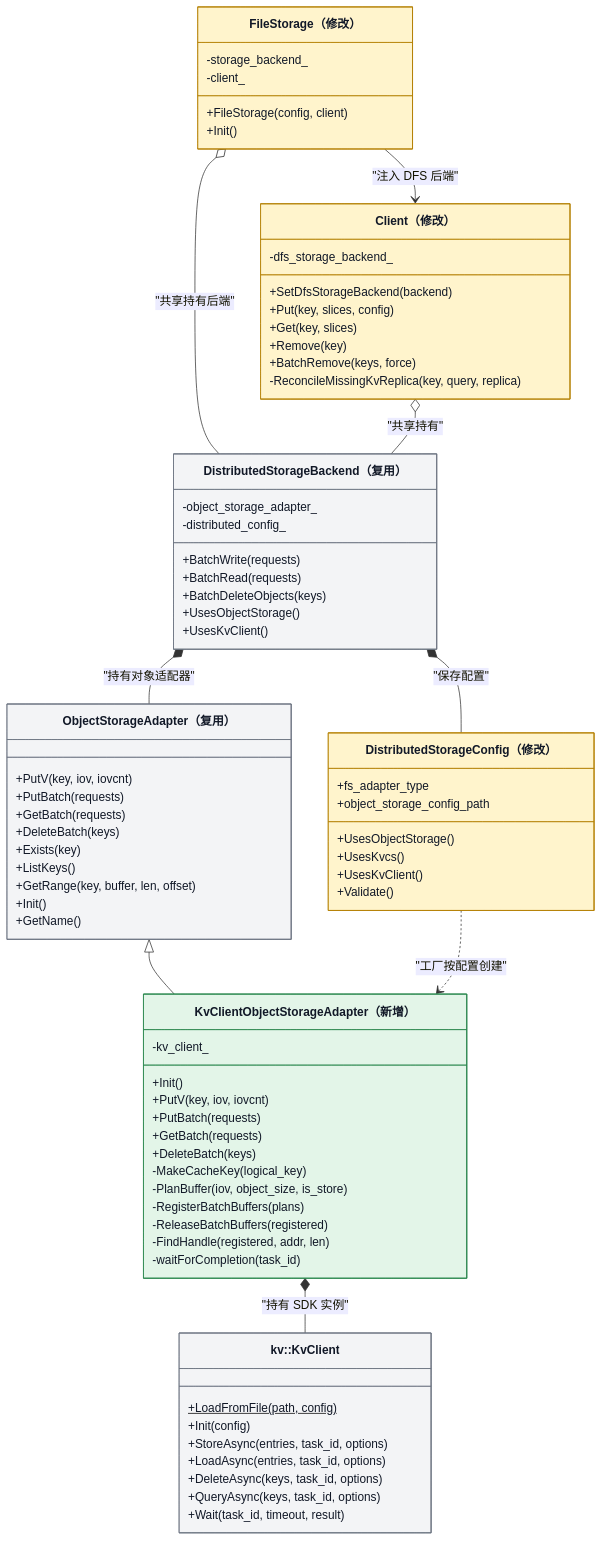
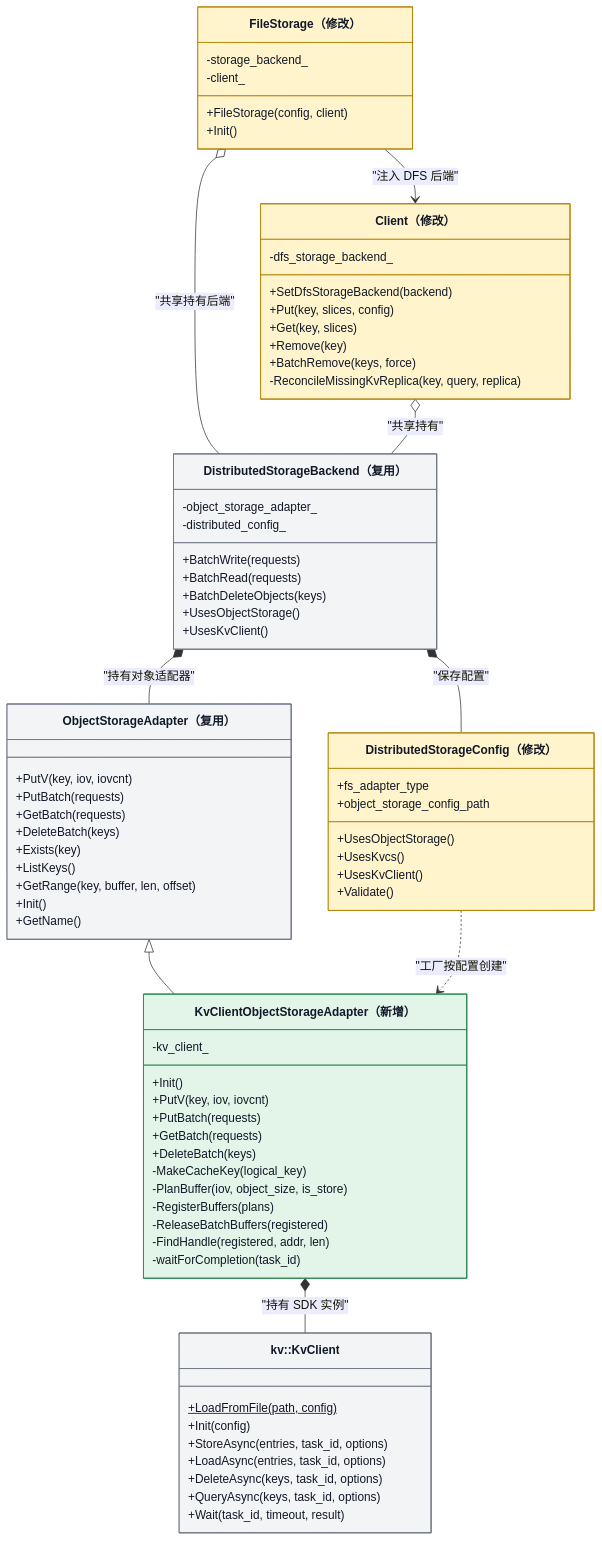
Before and after one commit to zwj20000328-dotcom/Mooncake-documents: the second of 13 diagrams in Mooncake + KVClient L3 接入（Kvcs）- v3.md, drawn with Mermaid. The commit also changed other lines of this file, not shown here.

Commit message:
docs: rename RegisterBatchBuffers to RegisterBuffers

```diff
--- a/Mooncake + KVClient L3 接入（Kvcs）- v3.md
+++ b/Mooncake + KVClient L3 接入（Kvcs）- v3.md
@@ -181,7 +181,7 @@
         +DeleteBatch(keys)
         -MakeCacheKey(logical_key)
         -PlanBuffer(iov, object_size, is_store)
-        -RegisterBatchBuffers(plans)
+        -RegisterBuffers(plans)
         -ReleaseBatchBuffers(registered)
         -FindHandle(registered, addr, len)
         -waitForCompletion(task_id)
```
